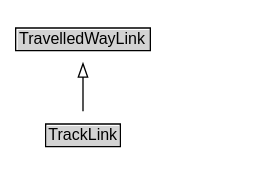
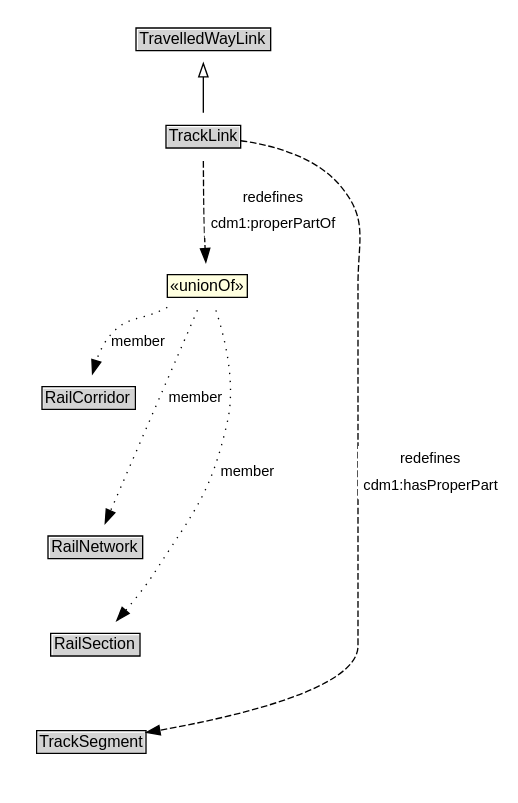
Before and after one commit to ISO-TC204/ontology-cdm-p3-v1: the diagram in docs/diagrams/TrackLink.dot, drawn with Graphviz. The commit also changed 348 other files, not shown here.

```diff
--- a/docs/diagrams/TrackLink.dot
+++ b/docs/diagrams/TrackLink.dot
@@ -1,16 +1,38 @@
 // Diagram for TrackLink
 digraph {
 	graph [overlap=false rankdir=TB splines=true]
 	node [fontname=Arial fontsize=12 margin=0 shape=none]
 	edge [fontname=Arial fontsize=11]
 	{
+		rank=source
+		TravelledWayLink [label=<<TABLE BORDER="1" CELLBORDER="0" CELLSPACING="0" CELLPADDING="1"><TR><TD BGCOLOR="lightgray" ALIGN="CENTER">TravelledWayLink</TD></TR></TABLE>> URL="../TravelledWayLink" margin=0]
+	}
+	TrackLink [label=<<TABLE BORDER="1" CELLBORDER="0" CELLSPACING="0" CELLPADDING="1"><TR><TD BGCOLOR="lightgray" ALIGN="CENTER">TrackLink</TD></TR></TABLE>> URL="../TrackLink" margin=0]
+	{
 		rank=max
-		TrackLink [label=<<TABLE BORDER="1" CELLBORDER="0" CELLSPACING="0" CELLPADDING="1"><TR><TD BGCOLOR="lightgray" ALIGN="CENTER" PORT="e">TrackLink</TD></TR></TABLE>> URL="../TrackLink.md" margin=0]
 	}
 	subgraph cluster_associated {
 		label="" style=invis
 		Invis [label=<<TABLE BORDER="0" CELLBORDER="0" CELLSPACING="0" CELLPADDING="1"><TR><TD></TD></TR></TABLE>> margin=0 style=invis]
+		RailCorridor [label=<<TABLE BORDER="1" CELLBORDER="0" CELLSPACING="0" CELLPADDING="1"><TR><TD BGCOLOR="lightgray" ALIGN="CENTER">RailCorridor</TD></TR></TABLE>> URL="../RailCorridor" margin=0]
+		RailNetwork [label=<<TABLE BORDER="1" CELLBORDER="0" CELLSPACING="0" CELLPADDING="1"><TR><TD BGCOLOR="lightgray" ALIGN="CENTER">RailNetwork</TD></TR></TABLE>> URL="../RailNetwork" margin=0]
+		RailSection [label=<<TABLE BORDER="1" CELLBORDER="0" CELLSPACING="0" CELLPADDING="1"><TR><TD BGCOLOR="lightgray" ALIGN="CENTER">RailSection</TD></TR></TABLE>> URL="../RailSection" margin=0]
+		TrackSegment [label=<<TABLE BORDER="1" CELLBORDER="0" CELLSPACING="0" CELLPADDING="1"><TR><TD BGCOLOR="lightgray" ALIGN="CENTER">TrackSegment</TD></TR></TABLE>> URL="../TrackSegment" margin=0]
 	}
-	TravelledWayLink [label=<<TABLE BORDER="1" CELLBORDER="0" CELLSPACING="0" CELLPADDING="1"><TR><TD BGCOLOR="lightgray" ALIGN="CENTER">TravelledWayLink</TD></TR></TABLE>> URL="../TravelledWayLink.md" margin=0]
 	TrackLink -> TravelledWayLink [arrowhead=onormal style=solid]
+	TrackLink -> Invis [style=invis]
+	Invis -> RailCorridor [style=invis]
+	RailCorridor -> RailNetwork [style=invis]
+	RailNetwork -> RailSection [style=invis]
+	RailSection -> TrackSegment [style=invis]
+	TrackSegment [label=<<TABLE BORDER="1" CELLBORDER="0" CELLSPACING="0" CELLPADDING="1"><TR><TD BGCOLOR="lightgray" ALIGN="CENTER">TrackSegment</TD></TR></TABLE>> URL="../TrackSegment" margin=0]
+	TrackLink -> TrackSegment [label=<<TABLE BORDER="0" CELLBORDER="0" CELLSPACING="0" CELLPADDING="4" BGCOLOR="white"><TR><TD ALIGN="CENTER">redefines</TD></TR><TR><TD ALIGN="CENTER">cdm1:hasProperPart</TD></TR></TABLE>> arrowhead=normal style=dashed]
+	n6cdb34b94ee24737adcb98601c0c2c6bb17 [label=<<TABLE BORDER="1" CELLBORDER="0" CELLSPACING="0" CELLPADDING="1" BGCOLOR="lightyellow"><TR><TD ALIGN="CENTER">«unionOf»</TD></TR></TABLE>> margin=0]
+	RailCorridor [label=<<TABLE BORDER="1" CELLBORDER="0" CELLSPACING="0" CELLPADDING="1"><TR><TD BGCOLOR="lightgray" ALIGN="CENTER">RailCorridor</TD></TR></TABLE>> URL="../RailCorridor" margin=0]
+	n6cdb34b94ee24737adcb98601c0c2c6bb17 -> RailCorridor [label=member arrowhead=normal style=dotted]
+	RailNetwork [label=<<TABLE BORDER="1" CELLBORDER="0" CELLSPACING="0" CELLPADDING="1"><TR><TD BGCOLOR="lightgray" ALIGN="CENTER">RailNetwork</TD></TR></TABLE>> URL="../RailNetwork" margin=0]
+	n6cdb34b94ee24737adcb98601c0c2c6bb17 -> RailNetwork [label=member arrowhead=normal style=dotted]
+	RailSection [label=<<TABLE BORDER="1" CELLBORDER="0" CELLSPACING="0" CELLPADDING="1"><TR><TD BGCOLOR="lightgray" ALIGN="CENTER">RailSection</TD></TR></TABLE>> URL="../RailSection" margin=0]
+	n6cdb34b94ee24737adcb98601c0c2c6bb17 -> RailSection [label=member arrowhead=normal style=dotted]
+	TrackLink -> n6cdb34b94ee24737adcb98601c0c2c6bb17 [label=<<TABLE BORDER="0" CELLBORDER="0" CELLSPACING="0" CELLPADDING="4" BGCOLOR="white"><TR><TD ALIGN="CENTER">redefines</TD></TR><TR><TD ALIGN="CENTER">cdm1:properPartOf</TD></TR></TABLE>> arrowhead=normal style=dashed]
 }
```
